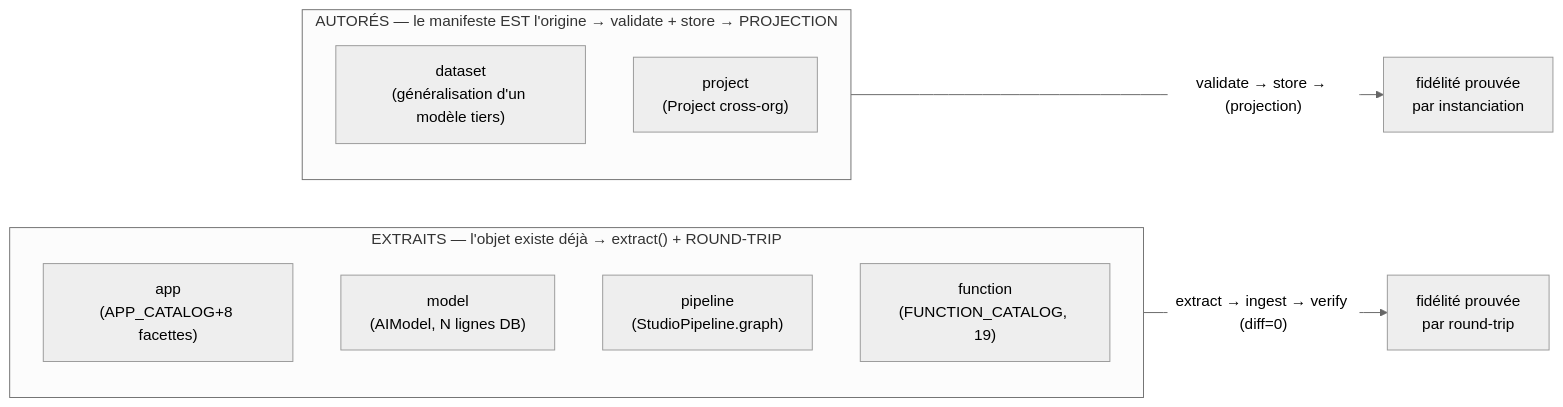
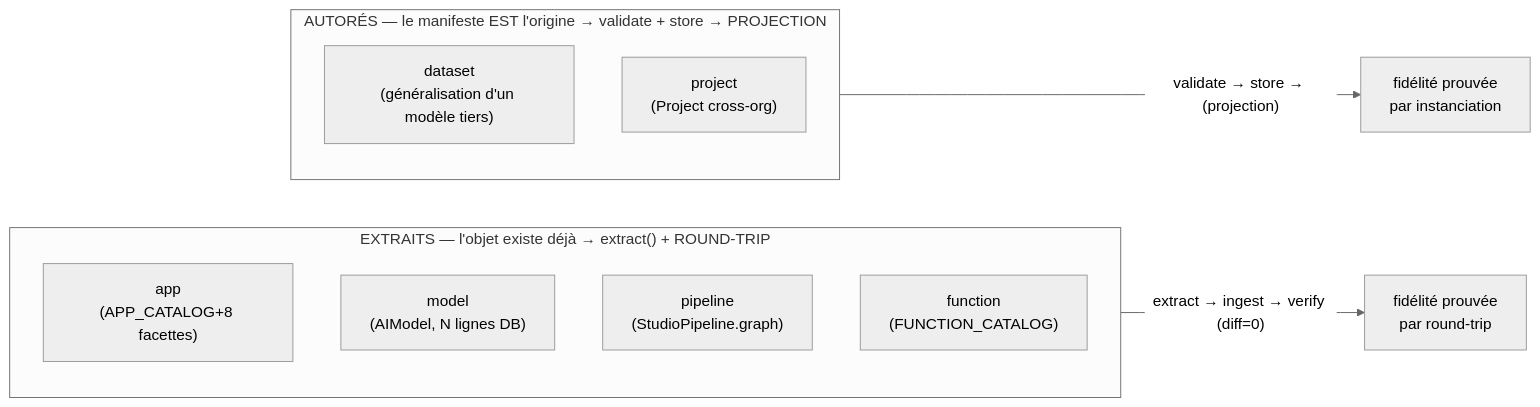
One commit to fmoreau69/wama changed the second of 5 diagrams in docs/construction/architecture/WAMA_MANIFEST_ARCHITECTURE.md. Above: the diagram before and after it, drawn with Mermaid (neutral theme). The commit also changed other lines of this file and 7 other files, not shown here.

````diff
--- a/docs/construction/architecture/WAMA_MANIFEST_ARCHITECTURE.md
+++ b/docs/construction/architecture/WAMA_MANIFEST_ARCHITECTURE.md
@@ -88,16 +88,16 @@
 ```mermaid
 flowchart LR
     subgraph EX["EXTRAITS — l'objet existe déjà → extract() + ROUND-TRIP"]
         A["app<br/>(APP_CATALOG+8 facettes)"]
         M["model<br/>(AIModel, N lignes DB)"]
         P["pipeline<br/>(StudioPipeline.graph)"]
-        F["function<br/>(FUNCTION_CATALOG, 19)"]
+        F["function<br/>(FUNCTION_CATALOG)"]
     end
     subgraph AU["AUTORÉS — le manifeste EST l'origine → validate + store → PROJECTION"]
         D["dataset<br/>(généralisation d'un modèle tiers)"]
         PJ["project<br/>(Project cross-org)"]
     end
 
     EX -->|"extract → ingest → verify (diff=0)"| OKX["fidélité prouvée<br/>par round-trip"]
     AU -->|"validate → store → (projection)"| OKA["fidélité prouvée<br/>par instanciation"]
 ```
````
